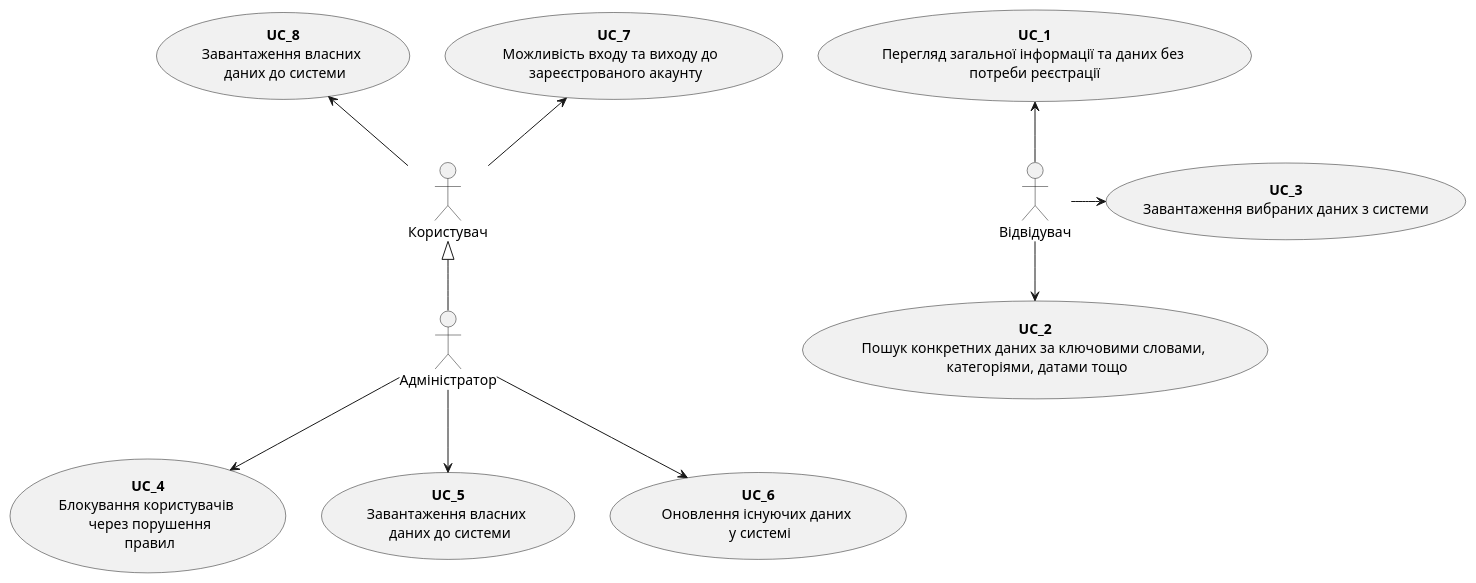
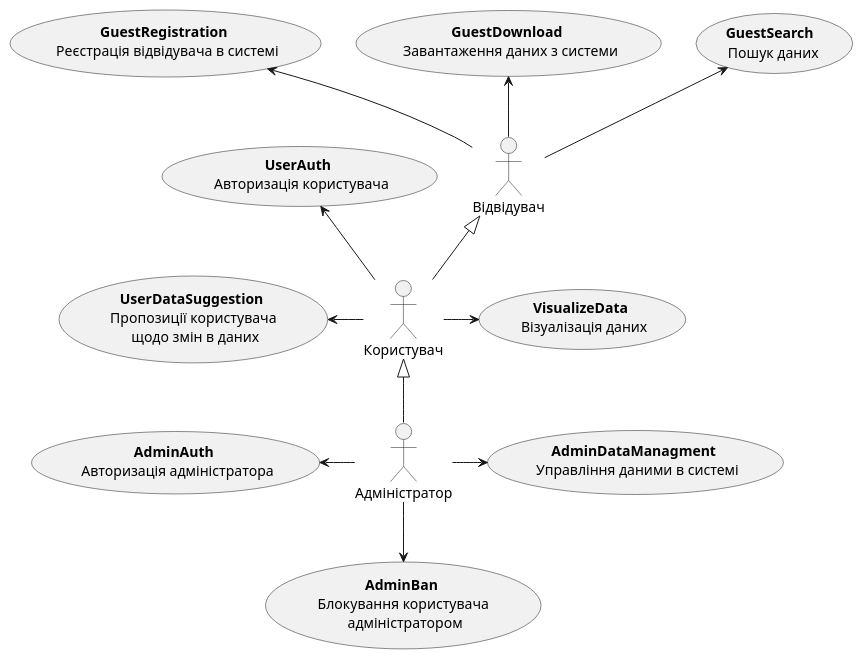
Before and after one commit to dimatortik/db-course-theme2: the diagram in docs/use cases/puml/use-case-01.puml, drawn with PlantUML. The commit also changed 4 other files, not shown here.

```diff
--- a/docs/use cases/puml/use-case-01.puml
+++ b/docs/use cases/puml/use-case-01.puml
@@ -8,29 +8,35 @@
 @startuml
 
     actor "Відвідувач" as Visitor
     actor "Користувач" as User
     actor "Адміністратор" as Admin
 
-    usecase "<b>UC_1</b>\nПерегляд загальної інформації та даних без \n потреби реєстрації " as UC_1
-    usecase "<b>UC_2</b>\nПошук конкретних даних за ключовими словами, \n категоріями, датами тощо" as UC_2
-    usecase "<b>UC_3</b>\nЗавантаження вибраних даних з системи" as UC_3
-    usecase "<b>UC_4</b>\nБлокування користувачів \n через порушення\n правил" as UC_4
-    usecase "<b>UC_5</b>\nЗавантаження власних \n даних до системи" as UC_5
-    usecase "<b>UC_6</b>\nОновлення існуючих даних \n у системі" as UC_6
-    usecase "<b>UC_7</b>\nМожливість входу та виходу до  \n зареєстрованого акаунту" as UC_7
-    usecase "<b>UC_8</b>\nЗавантаження власних \n даних до системи" as UC_8
-
-    UC_1 <-- Visitor
-    Visitor -r-> UC_3
-    Visitor --> UC_2
-
-    User -u-> UC_7
-    User -u-> UC_8
-
+    usecase "<b>GuestSearch<b> \n Пошук даних" as UC_1
+    usecase "<b>GuestDownload<b> \n Завантаження даних з системи" as UC_2
+    usecase "<b>GuestRegistration<b> \n Реєстрація відвідувача в системі" as UC_3
+    
+    usecase "<b>UserAuth<b> \n Авторизація користувача" as UC_4
+    usecase "<b>UserDataSuggestion<b> \n Пропозиції користувача \n щодо змін в даних" as UC_5
+    usecase "<b>VisualizeData<b> \n Візуалізація даних" as UC_6
+    
+    usecase "<b>AdminAuth<b> \n Авторизація адміністратора" as UC_7
+    usecase "<b>AdminDataManagment<b> \n Управління даними в системі" as UC_8
+    usecase "<b>AdminBan<b> \n Блокування користувача \n адміністратором" as UC_9
+    
+    
+    User -u-> UC_4
+    User -l-> UC_5
+    User -r-> UC_6
+    
+    Visitor -u-> UC_1  
+    Visitor -u-> UC_2
+    Visitor -u-> UC_3
+    
+    Admin -l-> UC_7 
+    Admin -r-> UC_8
+    Admin --> UC_9
+    
     Admin -u-|> User
-
-    Admin --> UC_4
-    Admin --> UC_5
-    Admin --> UC_6
+    User -u-|> Visitor
 
 @enduml
```
